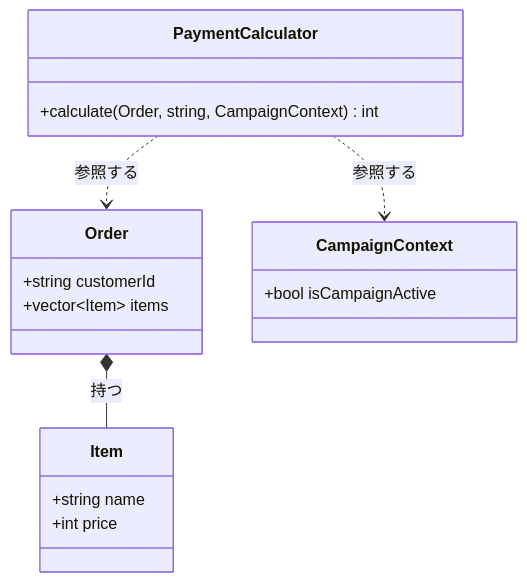
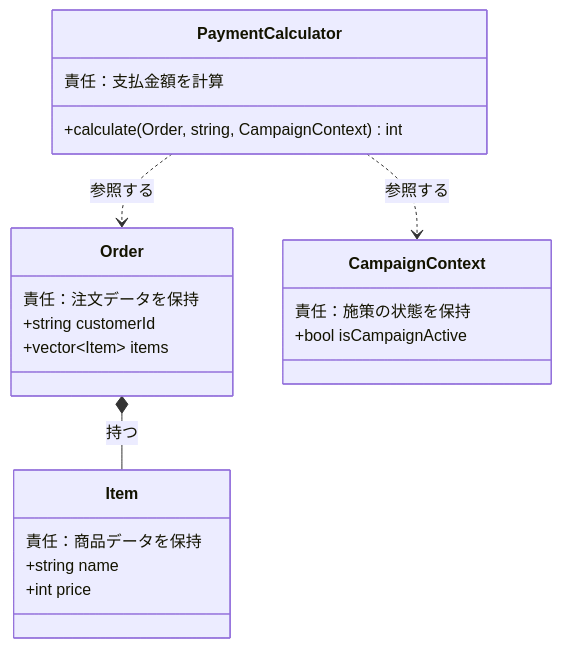
Before and after one commit to kumachan1101-pixel/DesignPattern: the third of 20 diagrams in kindle/design-patterns/books/volume01-core-patterns/output/03-chapter01.md, drawn with Mermaid. The commit also changed other lines of this file and 12 other files, not shown here.

````diff
--- a/kindle/design-patterns/books/volume01-core-patterns/output/03-chapter01.md
+++ b/kindle/design-patterns/books/volume01-core-patterns/output/03-chapter01.md
@@ -268,22 +268,26 @@
 ```mermaid
 classDiagram
     direction TB
     class PaymentCalculator {
+        責任：支払金額を計算
         +calculate(Order, string, CampaignContext) int
     }
     class Order {
+        責任：注文データを保持
         +string customerId
         +vector~Item~ items
     }
     class Item {
+        責任：商品データを保持
         +string name
         +int price
     }
     class CampaignContext {
+        責任：施策の状態を保持
         +bool isCampaignActive
     }
 
     PaymentCalculator ..> Order : 参照する
     PaymentCalculator ..> CampaignContext : 参照する
     Order *-- Item : 持つ
 ```
````
